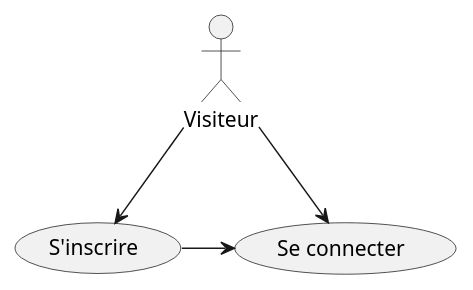
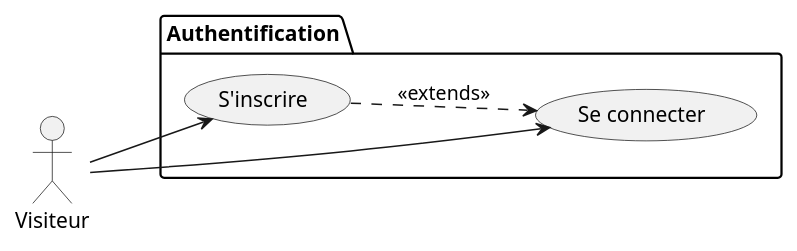
One commit to MickaelMoley/ocr-p6-snowboard changed the diagram in domains/UseCase/Authentification.puml. Above: the diagram before and after it, drawn with PlantUML. The commit also changed 4 other files, not shown here.

Commit message:
Update domains UML

```diff
--- a/domains/UseCase/Authentification.puml
+++ b/domains/UseCase/Authentification.puml
@@ -1,15 +1,20 @@
-@startuml Espace de discussion
+@startuml Authentification
 'https://plantuml.com/use-case-diagram
-
+left to right direction
 actor Visiteur
 
 
-usecase "Se connecter" as SignIn
-usecase "S'inscrire" as SignUp
+
+
+
+package Authentification {
+    usecase "Se connecter" as SignIn
+    usecase "S'inscrire" as SignUp
+}
 
 Visiteur --> SignIn
 Visiteur --> SignUp
 
-SignUp -> SignIn
+SignUp ..>  SignIn : << extends >>
 
 @enduml
```
